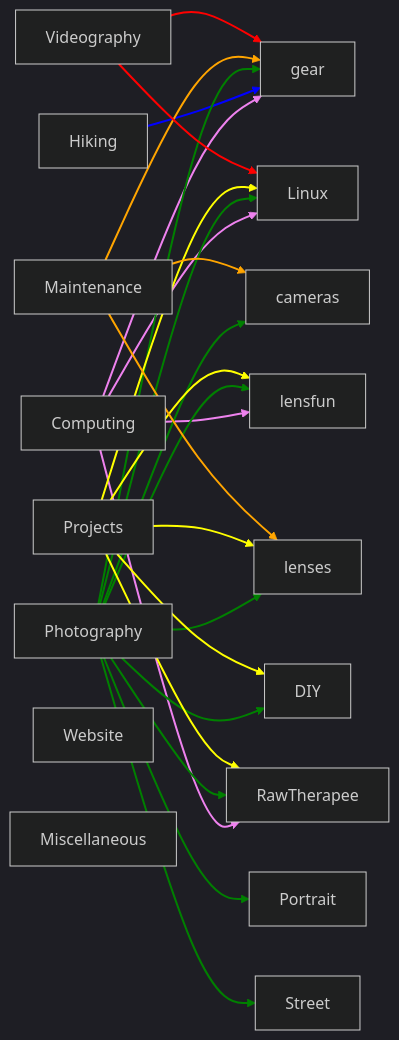
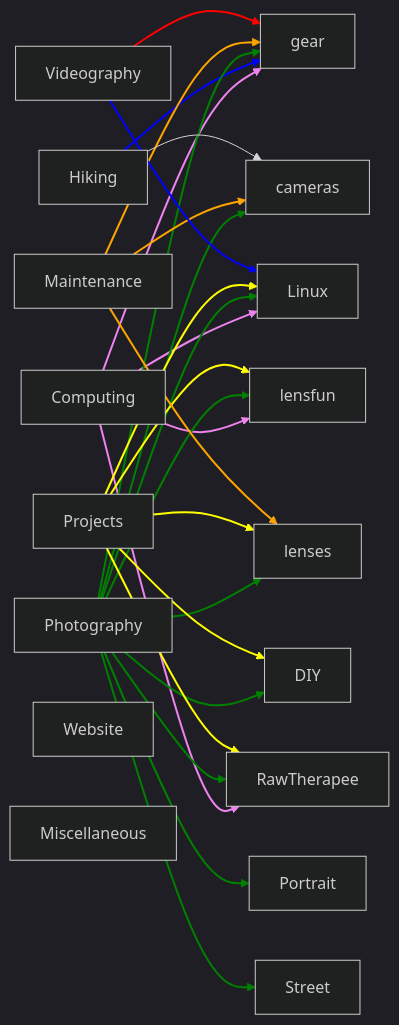
One commit to martbetz/martbetz.github.io changed the diagram in post-tree.md. Above: the diagram before and after it, drawn with Mermaid.

````diff
--- a/post-tree.md
+++ b/post-tree.md
@@ -7,65 +7,68 @@
 ```mermaid
 
 %%{init: {'theme':'dark'}}%%
 
     graph LR
    
     A["Computing"] --> 4["gear"]
     A["Computing"] --> 5["lensfun"]
     A["Computing"] --> 6["Linux"]
     A["Computing"] --> 9["RawTherapee"]
     
     B["Hiking"] --> 4["gear"]
     
     D["Photography"] --> 1["cameras"]
     D["Photography"] --> 2["DIY"]
     D["Photography"] --> 3["lenses"]
     D["Photography"] --> 4["gear"]
     D["Photography"] --> 5["lensfun"]
     D["Photography"] --> 6["Linux"]
     D["Photography"] --> 7["Portrait"]
     D["Photography"] --> 8["Street"]
     D["Photography"] --> 9["RawTherapee"]
     
     E["Projects"] --> 2["DIY"]
     E["Projects"] --> 3["lenses"]
     E["Projects"] --> 5["lensfun"]
     E["Projects"] --> 6["Linux"]
     E["Projects"] --> 9["RawTherapee"]
     
     F["Maintenance"] --> 1["cameras"]
     F["Maintenance"] --> 3["lenses"]
     F["Maintenance"] --> 4["gear"]
     
     G["Videography"] --> 4["gear"]
     G["Videography"] --> 6["Linux"]
-    
+
+    B["Hiking"] --> 1["cameras"]
+
     H["Website"]
     C["Miscellaneous"]
     
     linkStyle 0 stroke-width:2px,fill:none,stroke:violet;
     linkStyle 1 stroke-width:2px,fill:none,stroke:violet;
     linkStyle 2 stroke-width:2px,fill:none,stroke:violet;
     linkStyle 3 stroke-width:2px,fill:none,stroke:violet;
     linkStyle 4 stroke-width:2px,fill:none,stroke:blue;
     linkStyle 5 stroke-width:2px,fill:none,stroke:green;
     linkStyle 6 stroke-width:2px,fill:none,stroke:green;
     linkStyle 7 stroke-width:2px,fill:none,stroke:green;
     linkStyle 8 stroke-width:2px,fill:none,stroke:green;
     linkStyle 9 stroke-width:2px,fill:none,stroke:green;
     linkStyle 10 stroke-width:2px,fill:none,stroke:green;
     linkStyle 11 stroke-width:2px,fill:none,stroke:green;
     linkStyle 12 stroke-width:2px,fill:none,stroke:green;
     linkStyle 13 stroke-width:2px,fill:none,stroke:green;
     linkStyle 14 stroke-width:2px,fill:none,stroke:yellow;
     linkStyle 15 stroke-width:2px,fill:none,stroke:yellow;
     linkStyle 16 stroke-width:2px,fill:none,stroke:yellow;
     linkStyle 17 stroke-width:2px,fill:none,stroke:yellow;
     linkStyle 18 stroke-width:2px,fill:none,stroke:yellow;
     linkStyle 19 stroke-width:2px,fill:none,stroke:orange;
     linkStyle 20 stroke-width:2px,fill:none,stroke:orange;
     linkStyle 21 stroke-width:2px,fill:none,stroke:orange;
     linkStyle 22 stroke-width:2px,fill:none,stroke:red;
     linkStyle 23 stroke-width:2px,fill:none,stroke:red;
+linkStyle 23 stroke-width:2px,fill:none,stroke:blue;
     
 ```
````
